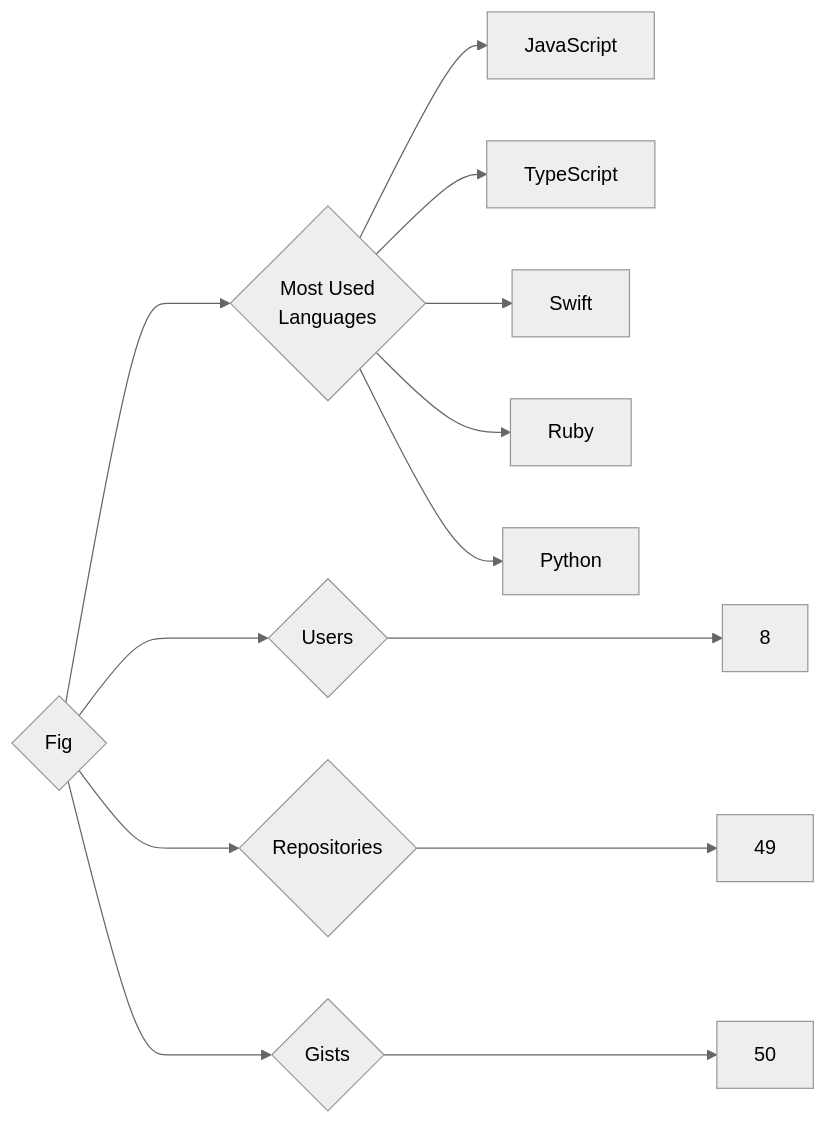
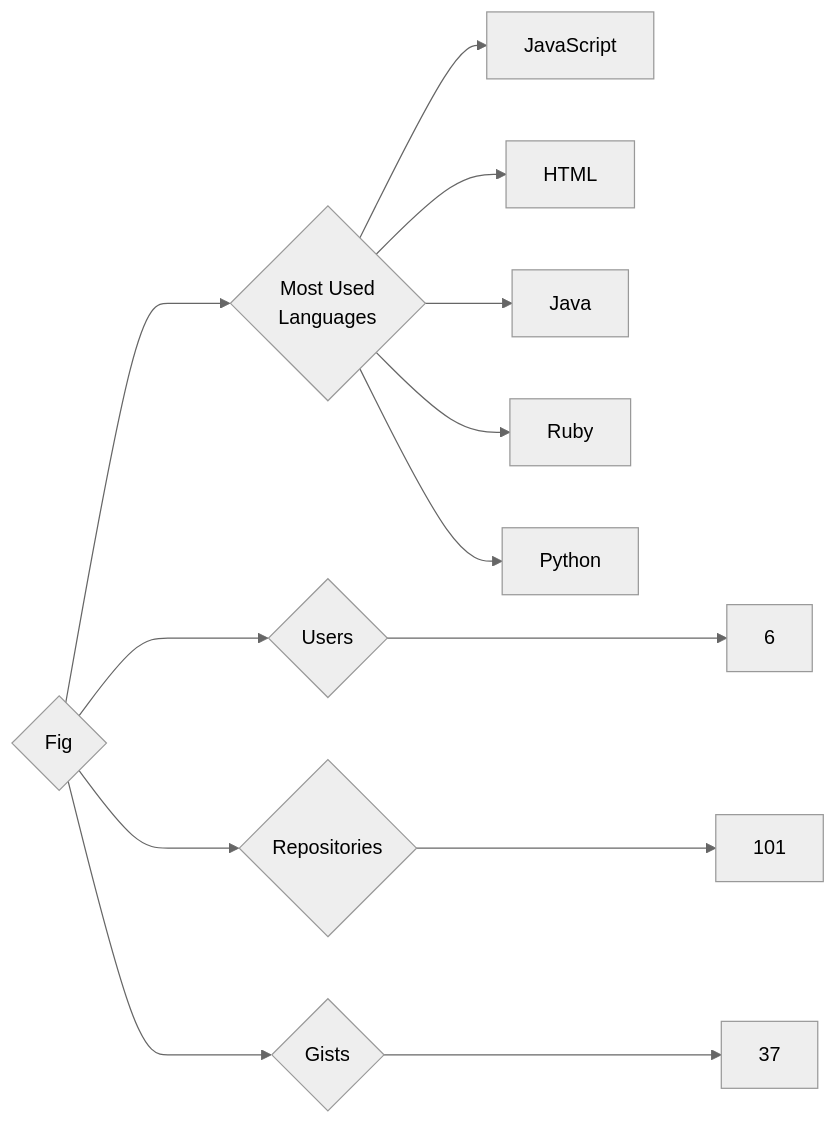
Before and after one commit to trickest/insiders: the diagram in targets/Fig/README.md, drawn with Mermaid (neutral theme). The commit also changed 699 other files, not shown here.

````diff
--- a/targets/Fig/README.md
+++ b/targets/Fig/README.md
@@ -3,13 +3,13 @@
 ```mermaid
 graph LR
 COMPANY_NAME{Fig}
-COMPANY_NAME ---> U{Users} ---> UN[8]
-COMPANY_NAME ---> R{Repositories} ---> RN[49]
-COMPANY_NAME ---> G{Gists} ---> GN[50]
+COMPANY_NAME ---> U{Users} ---> UN[6]
+COMPANY_NAME ---> R{Repositories} ---> RN[101]
+COMPANY_NAME ---> G{Gists} ---> GN[37]
 COMPANY_NAME ---> ML{Most Used<br>Languages}
 ML --> JavaScript[JavaScript]
-ML --> TypeScript[TypeScript]
-ML --> Swift[Swift]
+ML --> HTML[HTML]
+ML --> Java[Java]
 ML --> Ruby[Ruby]
 ML --> Python[Python]
 ```
````
